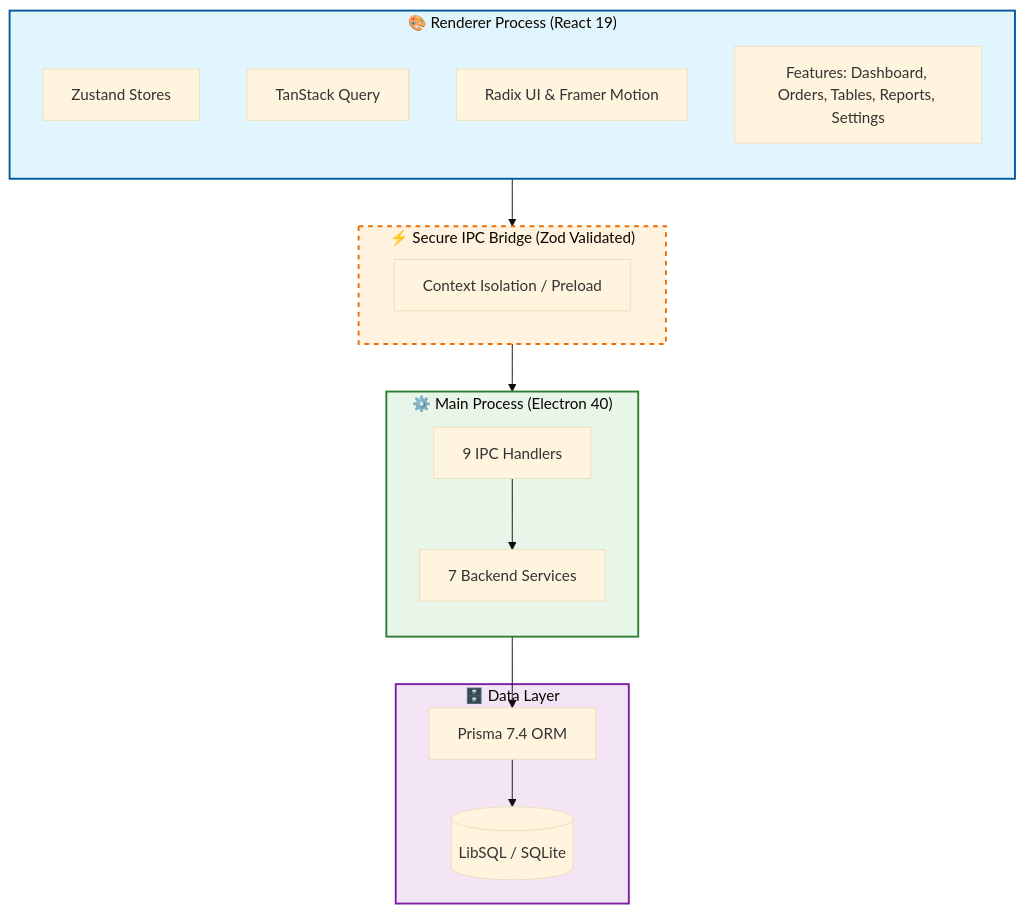
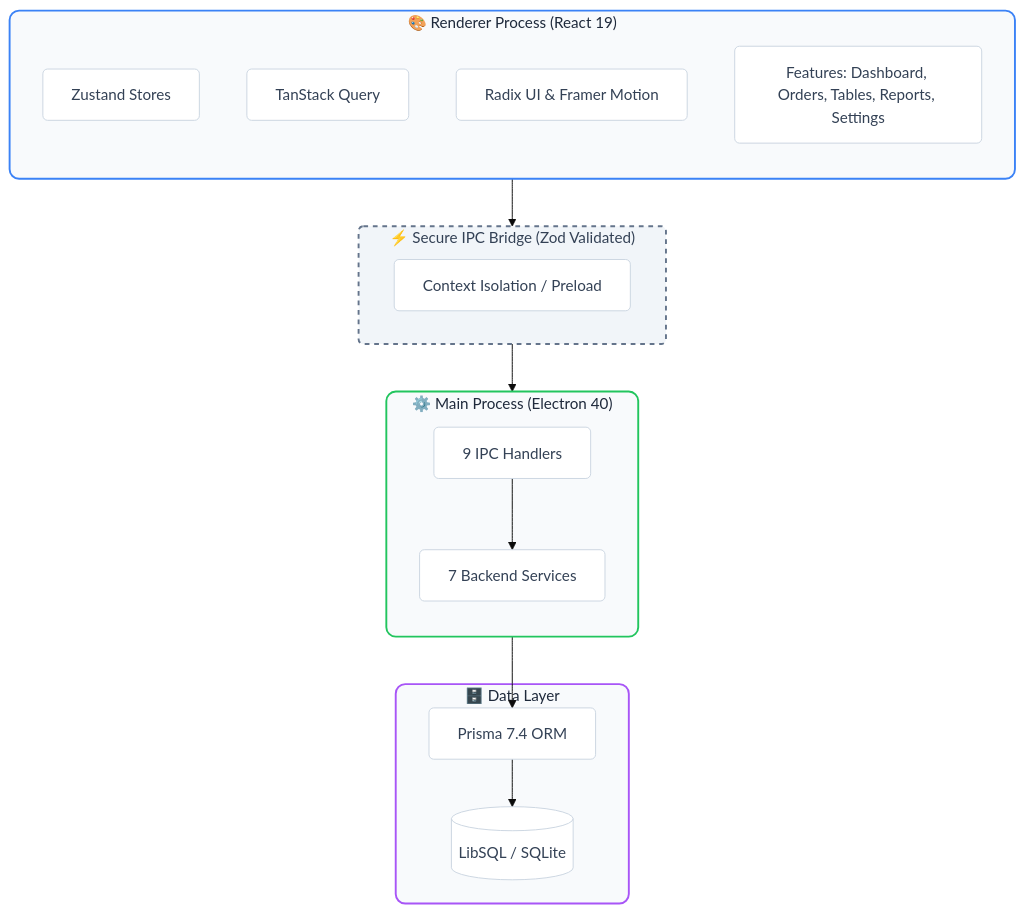
One commit to baranyalcinn/cafe-adisyon changed the diagram in README.md. Above: the diagram before and after it, drawn with Mermaid (base theme).

````diff
--- a/README.md
+++ b/README.md
@@ -86,42 +86,44 @@
 ```mermaid
 graph TD
-    classDef renderer fill:#e1f5fe,stroke:#01579b,stroke-width:2px;
-    classDef main fill:#e8f5e9,stroke:#2e7d32,stroke-width:2px;
-    classDef ipc fill:#fff3e0,stroke:#ef6c00,stroke-width:2px,stroke-dasharray: 5 5;
-    classDef db fill:#f3e5f5,stroke:#7b1fa2,stroke-width:2px;
+    %% Styles
+    classDef renderer fill:#f8fafc,stroke:#3b82f6,stroke-width:2px,rx:10,ry:10,color:#1e293b;
+    classDef main fill:#f8fafc,stroke:#22c55e,stroke-width:2px,rx:10,ry:10,color:#1e293b;
+    classDef ipc fill:#f1f5f9,stroke:#64748b,stroke-width:2px,stroke-dasharray: 5 5,rx:5,ry:5,color:#334155;
+    classDef db fill:#f8fafc,stroke:#a855f7,stroke-width:2px,rx:10,ry:10,color:#1e293b;
+    classDef node fill:#ffffff,stroke:#cbd5e1,stroke-width:1px,rx:5,ry:5,color:#334155;
 
     subgraph Renderer ["🎨 Renderer Process (React 19)"]
         direction TB
-        Z[Zustand Stores]
-        Q[TanStack Query]
-        UI[Radix UI & Framer Motion]
+        Z[Zustand Stores]:::node
+        Q[TanStack Query]:::node
+        UI[Radix UI & Framer Motion]:::node
 
-        feat[Features: Dashboard, Orders, Tables, Reports, Settings]
+        feat[Features: Dashboard, Orders, Tables, Reports, Settings]:::node
     end
 
     subgraph IPC ["⚡ Secure IPC Bridge (Zod Validated)"]
-        Preload[Context Isolation / Preload]
+        Preload[Context Isolation / Preload]:::node
     end
 
     subgraph Main ["⚙️ Main Process (Electron 40)"]
         direction TB
-        Handlers[9 IPC Handlers]
-        Services[7 Backend Services]
+        Handlers[9 IPC Handlers]:::node
+        Services[7 Backend Services]:::node
     end
 
     subgraph Database ["🗄️ Data Layer"]
-        Prisma[Prisma 7.4 ORM]
-        SQLite[(LibSQL / SQLite)]
+        Prisma[Prisma 7.4 ORM]:::node
+        SQLite[(LibSQL / SQLite)]:::node
     end
 
     Renderer --> IPC
     IPC --> Main
     Handlers --> Services
     Services --> Prisma
     Prisma --> SQLite
 
     class Renderer renderer
     class Main main
     class IPC ipc
     class Database db
 ```
````
